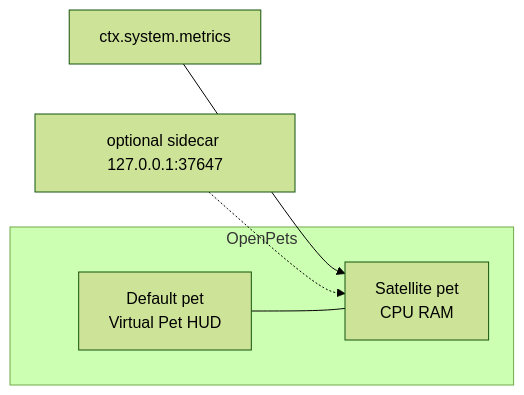
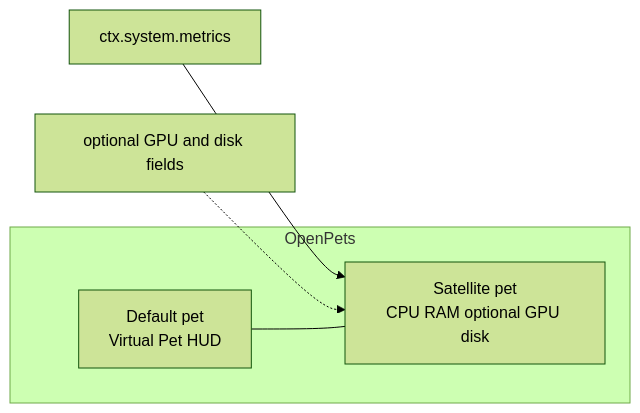
The diagram in plugins/community/karim.system-resources/README.md (alvinunreal/openpets), drawn with Mermaid (forest theme) before and after one commit. The commit also changed other lines of this file and 26 other files, not shown here.

````diff
--- a/plugins/community/karim.system-resources/README.md
+++ b/plugins/community/karim.system-resources/README.md
@@ -63,10 +44,10 @@
 ```mermaid
 flowchart LR
   subgraph OpenPets
     P[Default pet<br/>Virtual Pet HUD]
-    S[Satellite pet<br/>CPU RAM]
+    S[Satellite pet<br/>CPU RAM optional GPU disk]
   end
   M["ctx.system.metrics"] --> S
-  C["optional sidecar 127.0.0.1:37647"] -.-> S
+  E["optional GPU and disk fields"] -.-> S
   P --- S
 ```
````
